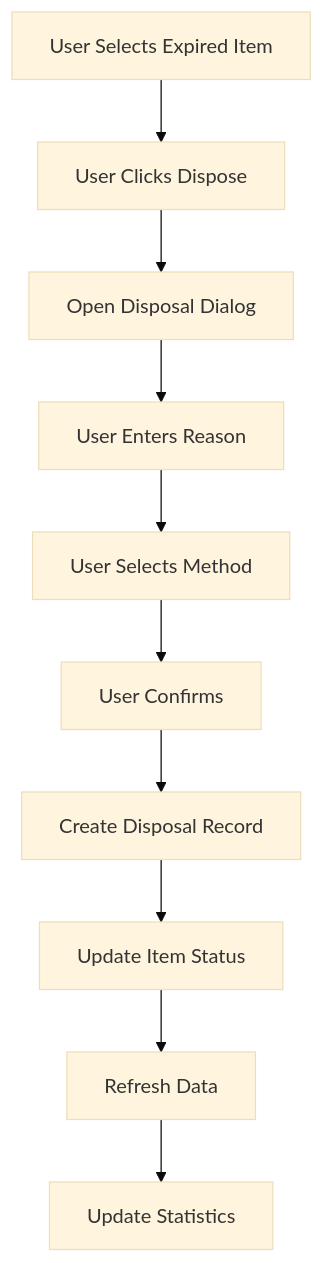
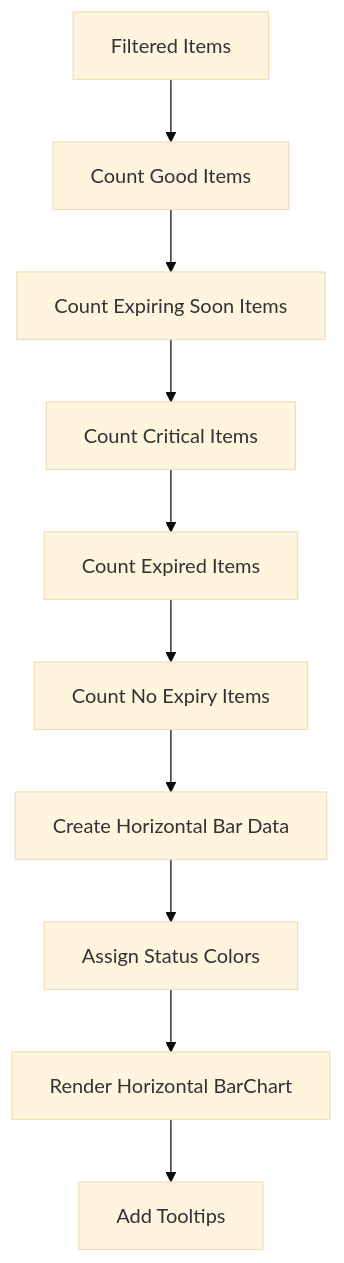
Diagram 13 of 23 in docs/app/inventory-management/stock-overview/inventory-aging/FD-inventory-aging.md (PeakMNA/carmen), drawn with Mermaid (base theme) before and after one commit. The commit also changed other lines of this file and 473 other files, not shown here.

````diff
--- a/docs/app/inventory-management/stock-overview/inventory-aging/FD-inventory-aging.md
+++ b/docs/app/inventory-management/stock-overview/inventory-aging/FD-inventory-aging.md
@@ -227,12 +283,12 @@
 ```mermaid
-flowchart TD
-    A[User Selects Expired Item] --> B[User Clicks Dispose]
-    B --> C[Open Disposal Dialog]
-    C --> D[User Enters Reason]
-    D --> E[User Selects Method]
-    E --> F[User Confirms]
-    F --> G[Create Disposal Record]
-    G --> H[Update Item Status]
-    H --> I[Refresh Data]
-    I --> J[Update Statistics]
+graph TD
+    A[Filtered Items] --> B[Count Good Items]
+    B --> C[Count Expiring Soon Items]
+    C --> D[Count Critical Items]
+    D --> E[Count Expired Items]
+    E --> F[Count No Expiry Items]
+    F --> G[Create Horizontal Bar Data]
+    G --> H[Assign Status Colors]
+    H --> I[Render Horizontal BarChart]
+    I --> J[Add Tooltips]
 ```
````
